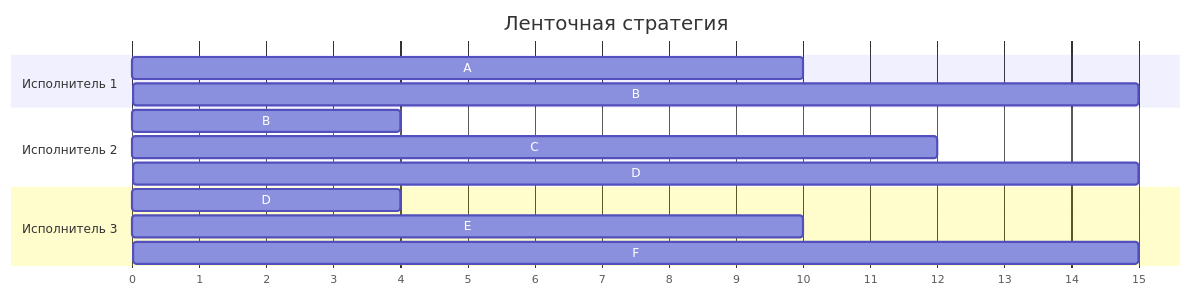
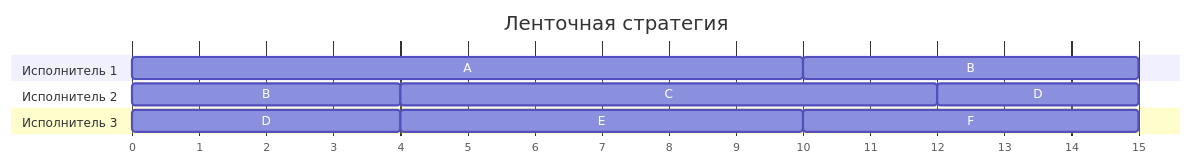
Before and after one commit to hse-algo-ps-25-1/manual-tasks: the second of 2 diagrams in Задание 8/invariant.md, drawn with Mermaid. The commit also changed other lines of this file, not shown here.

Commit message:
fix gantt diagrams

````diff
--- a/Задание 8/invariant.md
+++ b/Задание 8/invariant.md
@@ -200,24 +201,25 @@
 ```mermaid
 ---
 displayMode: compact
 config:
   gantt:
     leftPadding: 110
 ---
 gantt
     title Ленточная стратегия
-    dateFormat X
-    axisFormat %s
+    dateFormat x
+    axisFormat %-L
+    tickInterval 1millisecond
     todayMarker off
     section Исполнитель 1
     A :a1, 0, 10
     B :b1, 10, 15
     section Исполнитель 2
     B :b2, 0, 4
     C :c2, 4, 12
     D :d2, 12, 15
     section Исполнитель 3
     D :d3, 0, 4
     E :e3, 4, 10
     F :f3, 10, 15
 ```
````
